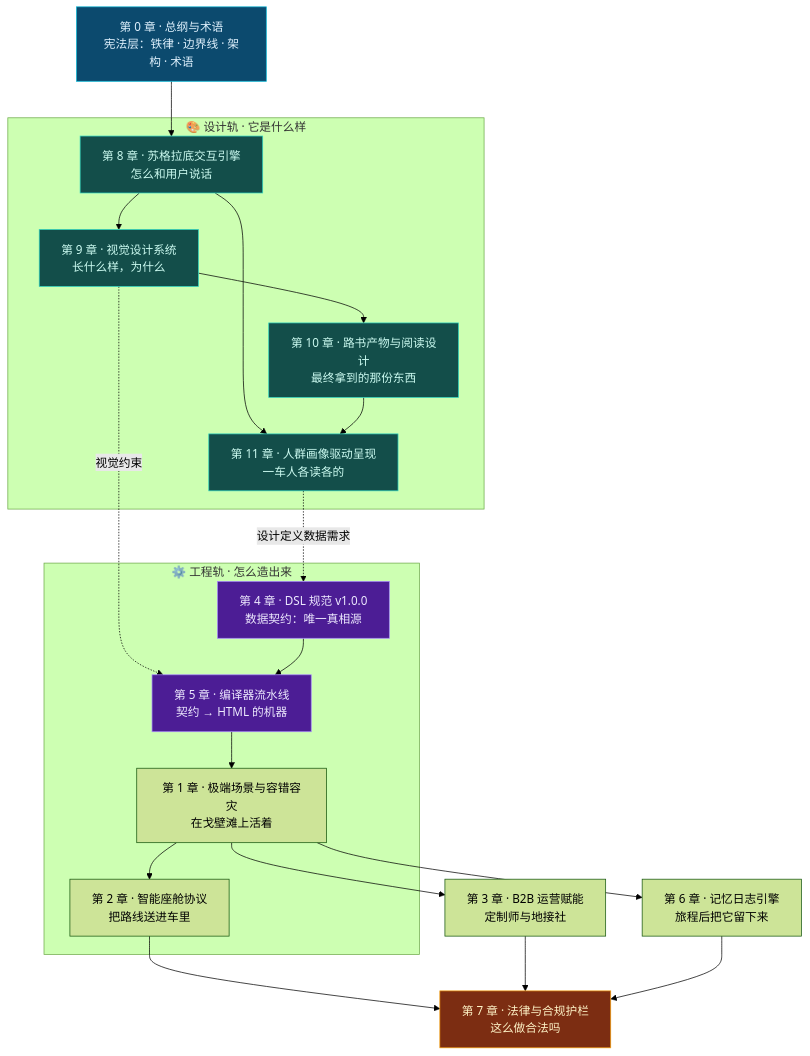
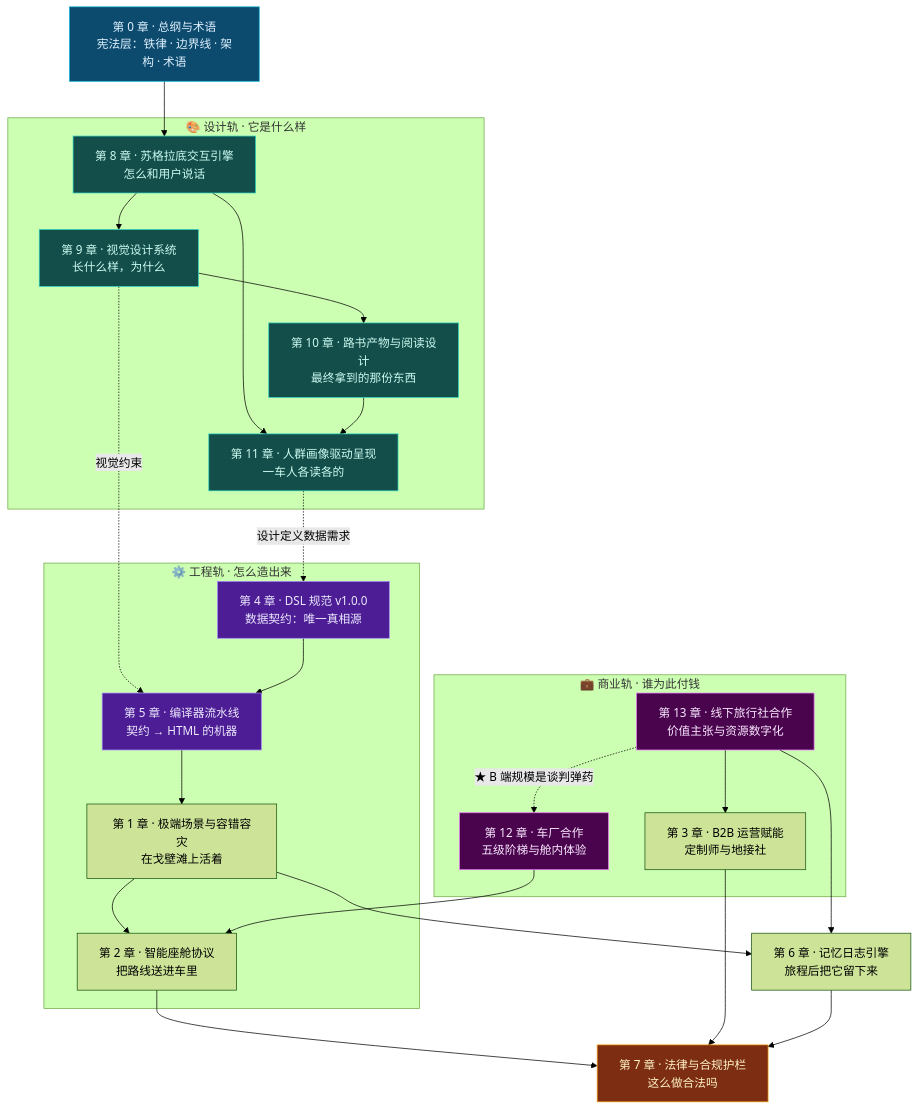
Before and after one commit to JohnMaxwell0123/TripCraft: the diagram in docs/README.md, drawn with Mermaid (forest theme). The commit also changed other lines of this file and 3 other files, not shown here.

First line of the commit message:
docs: 新增商业轨两章（车厂合作 / 线下旅行社合作）

````diff
--- a/docs/README.md
+++ b/docs/README.md
@@ -63,41 +64,52 @@
 ```mermaid
 flowchart TB
     CH0["第 0 章 · 总纲与术语<br/>宪法层：铁律 · 边界线 · 架构 · 术语"]
 
     subgraph DESIGN["🎨 设计轨 · 它是什么样"]
         CH8["第 8 章 · 苏格拉底交互引擎<br/>怎么和用户说话"]
         CH9["第 9 章 · 视觉设计系统<br/>长什么样，为什么"]
         CH10["第 10 章 · 路书产物与阅读设计<br/>最终拿到的那份东西"]
         CH11["第 11 章 · 人群画像驱动呈现<br/>一车人各读各的"]
     end
 
+    subgraph BIZ["💼 商业轨 · 谁为此付钱"]
+        CH13["第 13 章 · 线下旅行社合作<br/>价值主张与资源数字化"]
+        CH3["第 3 章 · B2B 运营赋能<br/>定制师与地接社"]
+        CH12["第 12 章 · 车厂合作<br/>五级阶梯与舱内体验"]
+    end
+
     subgraph ENGINE["⚙️ 工程轨 · 怎么造出来"]
         CH4["第 4 章 · DSL 规范 v1.0.0<br/>数据契约：唯一真相源"]
         CH5["第 5 章 · 编译器流水线<br/>契约 → HTML 的机器"]
         CH1["第 1 章 · 极端场景与容错容灾<br/>在戈壁滩上活着"]
         CH2["第 2 章 · 智能座舱协议<br/>把路线送进车里"]
     end
 
-    CH3["第 3 章 · B2B 运营赋能<br/>定制师与地接社"]
     CH6["第 6 章 · 记忆日志引擎<br/>旅程后把它留下来"]
     CH7["第 7 章 · 法律与合规护栏<br/>这么做合法吗"]
 
     CH0 --> CH8
     CH8 --> CH9 --> CH10
     CH8 --> CH11
     CH10 --> CH11
     CH11 -. 设计定义数据需求 .-> CH4
     CH9 -. 视觉约束 .-> CH5
     CH4 --> CH5 --> CH1
-    CH1 --> CH2 & CH3 & CH6
+    CH1 --> CH2 & CH6
+    CH13 --> CH3
+    CH13 -. ★ B 端规模是谈判弹药 .-> CH12
+    CH12 --> CH2
+    CH13 --> CH6
     CH2 & CH3 & CH6 --> CH7
 
     style CH0 fill:#0c4a6e,stroke:#06b6d4,color:#e0f2fe
     style CH4 fill:#4c1d95,stroke:#a78bfa,color:#ede9fe
     style CH5 fill:#4c1d95,stroke:#a78bfa,color:#ede9fe
     style CH7 fill:#7c2d12,stroke:#f59e0b,color:#fef3c7
     style CH8 fill:#134e4a,stroke:#2dd4bf,color:#ccfbf1
     style CH9 fill:#134e4a,stroke:#2dd4bf,color:#ccfbf1
     style CH10 fill:#134e4a,stroke:#2dd4bf,color:#ccfbf1
     style CH11 fill:#134e4a,stroke:#2dd4bf,color:#ccfbf1
+    style CH12 fill:#4a044e,stroke:#e879f9,color:#fae8ff
+    style CH13 fill:#4a044e,stroke:#e879f9,color:#fae8ff
 ```
````
